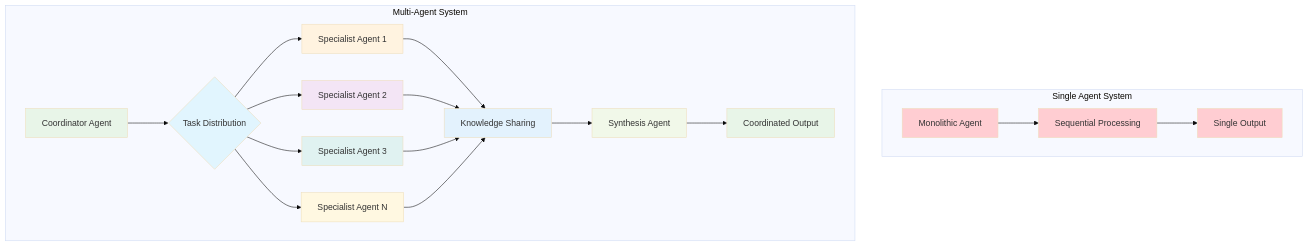
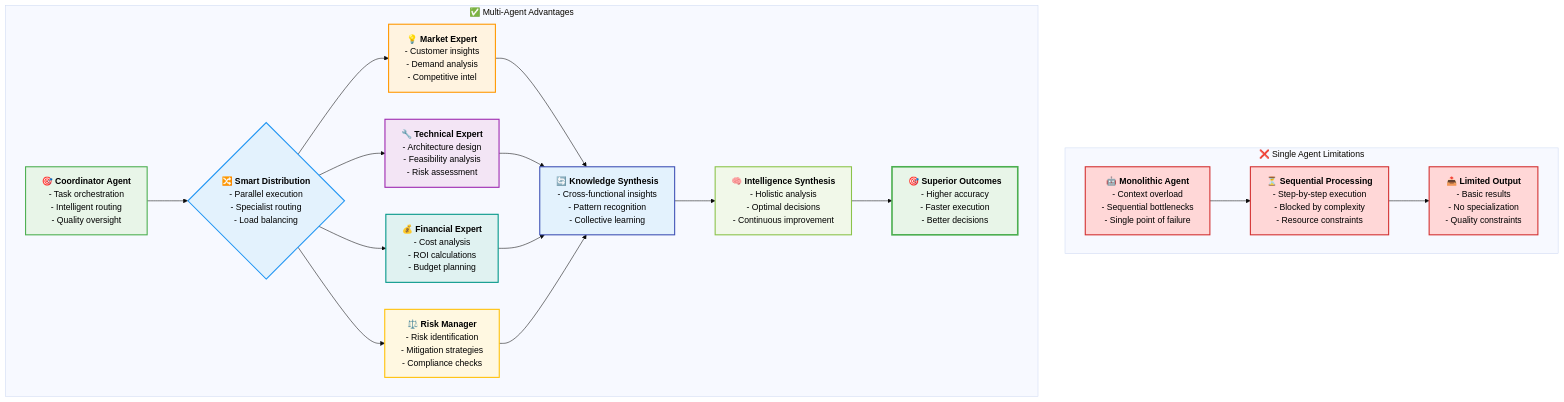
The first of 9 diagrams in 07_agent/07_chapter.md (raphaelmansuy/tutorials), drawn with Mermaid (base theme) before and after one commit. The commit also changed other lines of this file, not shown here.

````diff
--- a/07_agent/07_chapter.md
+++ b/07_agent/07_chapter.md
@@ -44,37 +48,73 @@
 ```mermaid
-graph TD
-    subgraph "Single Agent System"
-        A1[Monolithic Agent] --> B1[Sequential Processing]
-        B1 --> C1[Single Output]
+flowchart TD
+    subgraph "❌ Single Agent Limitations"
+        A1["`🤖 **Monolithic Agent**
+        - Context overload
+        - Sequential bottlenecks
+        - Single point of failure`"] --> B1["`⏳ **Sequential Processing**
+        - Step-by-step execution
+        - Blocked by complexity
+        - Resource constraints`"]
+        B1 --> C1["`📤 **Limited Output**
+        - Basic results
+        - No specialization
+        - Quality constraints`"]
     end
     
-    subgraph "Multi-Agent System"
-        A2[Coordinator Agent] --> B2{Task Distribution}
-        B2 --> C2[Specialist Agent 1]
-        B2 --> D2[Specialist Agent 2]
-        B2 --> E2[Specialist Agent 3]
-        B2 --> F2[Specialist Agent N]
+    subgraph "✅ Multi-Agent Advantages"
+        A2["`🎯 **Coordinator Agent**
+        - Task orchestration
+        - Intelligent routing
+        - Quality oversight`"] --> B2{"`🔀 **Smart Distribution**
+        - Parallel execution
+        - Specialist routing
+        - Load balancing`"}
+        B2 --> C2["`💡 **Market Expert**
+        - Customer insights
+        - Demand analysis
+        - Competitive intel`"]
+        B2 --> D2["`🔧 **Technical Expert**
+        - Architecture design
+        - Feasibility analysis
+        - Risk assessment`"]
+        B2 --> E2["`💰 **Financial Expert**
+        - Cost analysis
+        - ROI calculations
+        - Budget planning`"]
+        B2 --> F2["`⚖️ **Risk Manager**
+        - Risk identification
+        - Mitigation strategies
+        - Compliance checks`"]
         
-        C2 --> G2[Knowledge Sharing]
+        C2 --> G2["`🔄 **Knowledge Synthesis**
+        - Cross-functional insights
+        - Pattern recognition
+        - Collective learning`"]
         D2 --> G2
         E2 --> G2
         F2 --> G2
         
-        G2 --> H2[Synthesis Agent]
-        H2 --> I2[Coordinated Output]
+        G2 --> H2["`🧠 **Intelligence Synthesis**
+        - Holistic analysis
+        - Optimal decisions
+        - Continuous improvement`"]
+        H2 --> I2["`🎯 **Superior Outcomes**
+        - Higher accuracy
+        - Faster execution
+        - Better decisions`"]
     end
     
-    style A1 fill:#ffcdd2
-    style B1 fill:#ffcdd2
-    style C1 fill:#ffcdd2
+    style A1 fill:#ffd7d7,stroke:#d32f2f,stroke-width:2px,color:#000
+    style B1 fill:#ffd7d7,stroke:#d32f2f,stroke-width:2px,color:#000
+    style C1 fill:#ffd7d7,stroke:#d32f2f,stroke-width:2px,color:#000
     
-    style A2 fill:#e8f5e8
-    style B2 fill:#e1f5fe
-    style C2 fill:#fff3e0
-    style D2 fill:#f3e5f5
-    style E2 fill:#e0f2f1
-    style F2 fill:#fff8e1
-    style G2 fill:#e3f2fd
-    style H2 fill:#f1f8e9
-    style I2 fill:#e8f5e8
+    style A2 fill:#e8f5e8,stroke:#4caf50,stroke-width:2px,color:#000
+    style B2 fill:#e3f2fd,stroke:#2196f3,stroke-width:2px,color:#000
+    style C2 fill:#fff3e0,stroke:#ff9800,stroke-width:2px,color:#000
+    style D2 fill:#f3e5f5,stroke:#9c27b0,stroke-width:2px,color:#000
+    style E2 fill:#e0f2f1,stroke:#009688,stroke-width:2px,color:#000
+    style F2 fill:#fff8e1,stroke:#ffc107,stroke-width:2px,color:#000
+    style G2 fill:#e3f2fd,stroke:#3f51b5,stroke-width:2px,color:#000
+    style H2 fill:#f1f8e9,stroke:#8bc34a,stroke-width:2px,color:#000
+    style I2 fill:#e8f5e8,stroke:#4caf50,stroke-width:3px,color:#000
 ```
````
